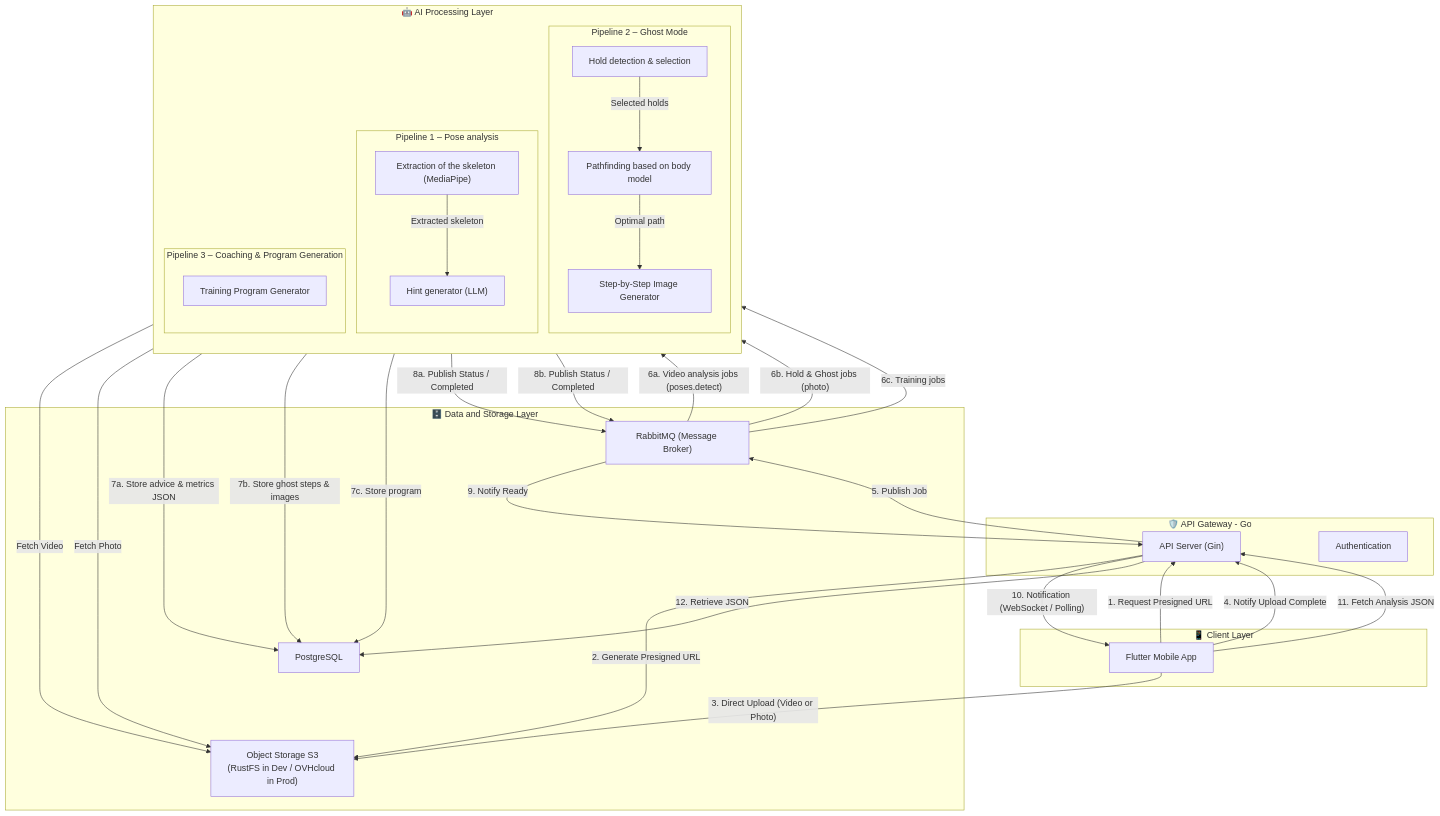
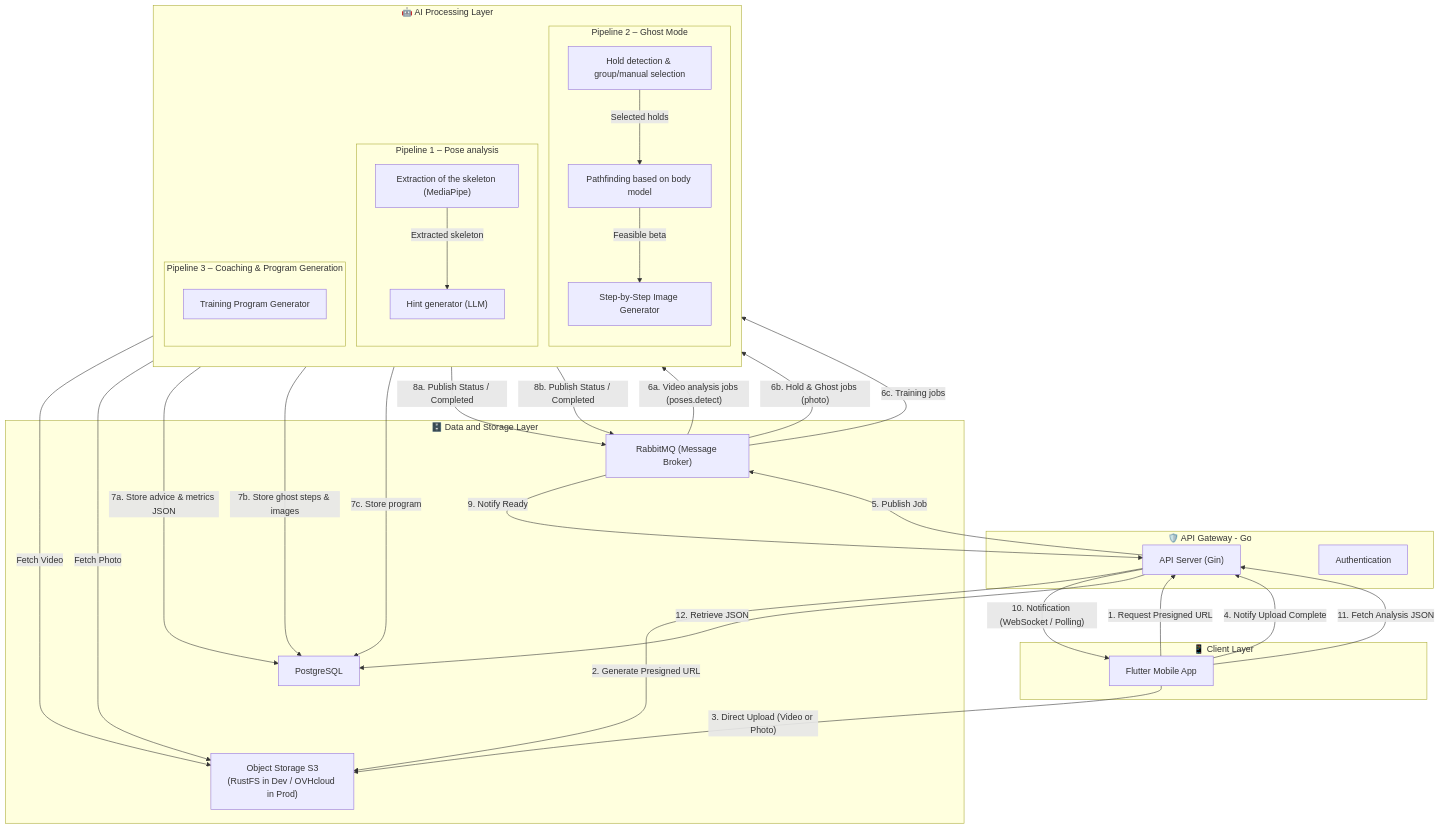
Before and after one commit to Ascension-EIP/Ascension: the first of 2 diagrams in docs/Ascension/developer/architecture/globale-architecture.md, drawn with Mermaid. The commit also changed 23 other files, not shown here.

First line of the commit message:
docs(Ascension): update project scope and roadmap documentation

````diff
--- a/docs/Ascension/developer/architecture/globale-architecture.md
+++ b/docs/Ascension/developer/architecture/globale-architecture.md
@@ -68,61 +68,61 @@
 ```mermaid
 graph TD
     subgraph Client ["📱 Client Layer"]
         MobileApp["Flutter Mobile App"]
     end
 
     subgraph API ["🛡️ API Gateway - Go"]
         APIServer["API Server (Gin)"]
         AuthService["Authentication"]
     end
 
     subgraph Storage ["🗄️ Data and Storage Layer"]
         ObjectStorage["Object Storage S3<br/>(RustFS in Dev / OVHcloud in Prod)"]
         Database["PostgreSQL"]
         MessageQueue["RabbitMQ (Message Broker)"]
     end
 
     subgraph AI ["🤖 AI Processing Layer"]
         direction TB
         subgraph Vision ["Pipeline 1 – Pose analysis"]
             SkeletonExtraction["Extraction of the skeleton (MediaPipe)"]
             AdviceGenerator["Hint generator (LLM)"]
             SkeletonExtraction -->|"Extracted skeleton"| AdviceGenerator
         end
         subgraph Ghost ["Pipeline 2 – Ghost Mode"]
-            HoldDetection["Hold detection & selection"]
+            HoldDetection["Hold detection & group/manual selection"]
             Pathfinding["Pathfinding based on body model"]
             GhostGenerator["Step-by-Step Image Generator"]
             HoldDetection -->|"Selected holds"| Pathfinding
-            Pathfinding -->|"Optimal path"| GhostGenerator
+            Pathfinding -->|"Feasible beta"| GhostGenerator
         end
         subgraph Training ["Pipeline 3 – Coaching & Program Generation"]
             ProgramGenerator["Training Program Generator"]
         end
     end
 
     MobileApp -->|"1. Request Presigned URL"| APIServer
     APIServer -->|"2. Generate Presigned URL"| ObjectStorage
     MobileApp -->|"3. Direct Upload (Video or Photo)"| ObjectStorage
     MobileApp -->|"4. Notify Upload Complete"| APIServer
 
     APIServer -->|"5. Publish Job"| MessageQueue
     MessageQueue -->|"6a. Video analysis jobs (poses.detect)"| SkeletonExtraction
     MessageQueue -->|"6b. Hold & Ghost jobs (photo)"| HoldDetection
     MessageQueue -->|"6c. Training jobs"| ProgramGenerator
 
     SkeletonExtraction -->|"Fetch Video"| ObjectStorage
     HoldDetection -->|"Fetch Photo"| ObjectStorage
 
     AdviceGenerator -->|"7a. Store advice & metrics JSON"| Database
     GhostGenerator -->|"7b. Store ghost steps & images"| Database
     ProgramGenerator -->|"7c. Store program"| Database
 
     AdviceGenerator -->|"8a. Publish Status / Completed"| MessageQueue
     GhostGenerator -->|"8b. Publish Status / Completed"| MessageQueue
 
     MessageQueue -->|"9. Notify Ready"| APIServer
     APIServer -->|"10. Notification (WebSocket / Polling)"| MobileApp
     MobileApp -->|"11. Fetch Analysis JSON"| APIServer
     APIServer -->|"12. Retrieve JSON"| Database
 ```
````
